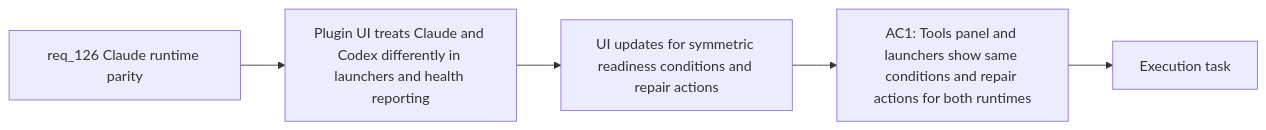
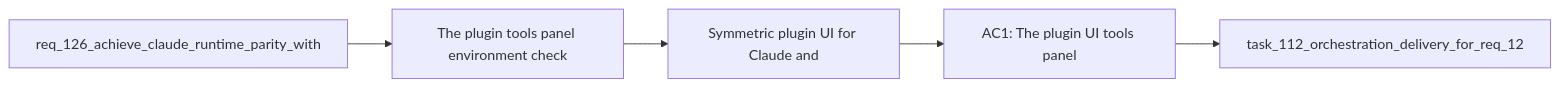
Before and after one commit to AlexAgo83/logics-manager: the diagram in logics/backlog/item_231_symmetric_plugin_ui_for_claude_and_codex_launchers_and_health_reporting.md, drawn with Mermaid. The commit also changed other lines of this file and 481 other files, not shown here.

````diff
--- a/logics/backlog/item_231_symmetric_plugin_ui_for_claude_and_codex_launchers_and_health_reporting.md
+++ b/logics/backlog/item_231_symmetric_plugin_ui_for_claude_and_codex_launchers_and_health_reporting.md
@@ -22,9 +22,9 @@
 ```mermaid
 %% logics-kind: backlog
 %% logics-signature: backlog|symmetric-plugin-ui-for-claude-and-codex|req-126-achieve-claude-runtime-parity-wi|the-plugin-tools-panel-environment-check|ac1-the-plugin-ui-tools-panel
 flowchart LR
-    Request[req_126 Claude runtime parity] --> Problem[Plugin UI treats Claude and Codex differently in launchers and health reporting]
-    Problem --> Scope[UI updates for symmetric readiness conditions and repair actions]
-    Scope --> AC1[AC1: Tools panel and launchers show same conditions and repair actions for both runtimes]
-    AC1 --> Tasks[Execution task]
+    Request[req_126_achieve_claude_runtime_parity_with] --> Problem[The plugin tools panel environment check]
+    Problem --> Scope[Symmetric plugin UI for Claude and]
+    Scope --> Acceptance[AC1: The plugin UI tools panel]
+    Acceptance --> Tasks[task_112_orchestration_delivery_for_req_12]
 ```
````
